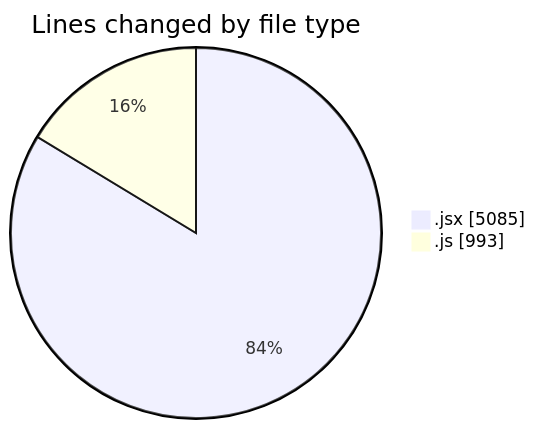
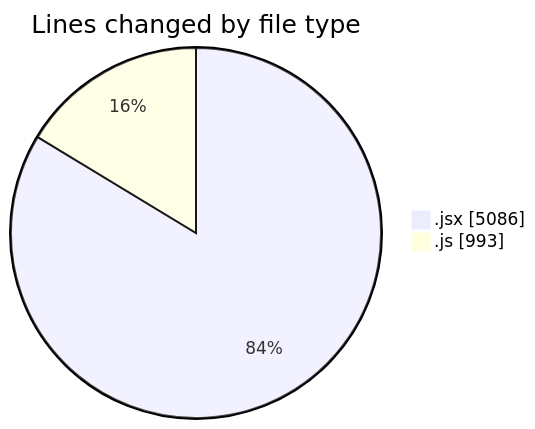
One commit to nxtqubesakshisongat/code-tracking changed the first of 2 diagrams in 2025-07-21/nxtqube_webapp/README.md. Above: the diagram before and after it, drawn with Mermaid. The commit also changed other lines of this file and 1 other file, not shown here.

````diff
--- a/2025-07-21/nxtqube_webapp/README.md
+++ b/2025-07-21/nxtqube_webapp/README.md
@@ -28,6 +28,6 @@
 ```mermaid
 pie showData
 title Lines changed by file type
-".jsx" : 5085
+".jsx" : 5086
 ".js" : 993
 ```
````
